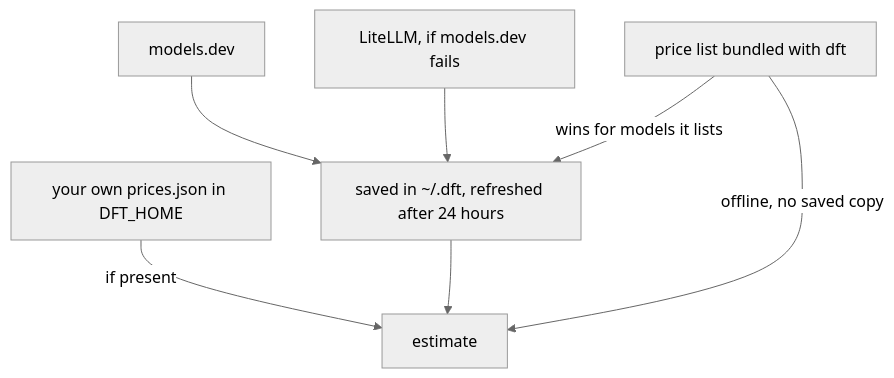
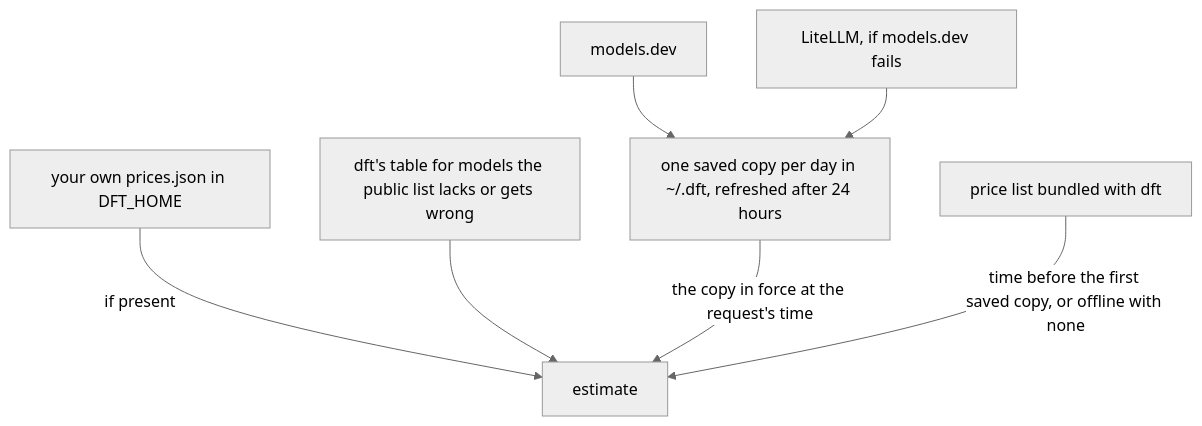
Before and after one commit to BleedingDev/dx-feature-tracker: diagram 14 of 19 in docs/HOW-IT-WORKS.md, drawn with Mermaid (neutral theme). The commit also changed other lines of this file and 3 other files, not shown here.

````diff
--- a/docs/HOW-IT-WORKS.md
+++ b/docs/HOW-IT-WORKS.md
@@ -379,9 +401,9 @@
 ```mermaid
 flowchart TD
     O["your own prices.json in DFT_HOME"] -->|if present| E["estimate"]
-    M["models.dev"] --> K["saved in ~/.dft, refreshed after 24 hours"]
+    S["dft's table for models the public list lacks or gets wrong"] --> E
+    M["models.dev"] --> K["one saved copy per day in ~/.dft, refreshed after 24 hours"]
     L["LiteLLM, if models.dev fails"] --> K
-    K --> E
-    D["price list bundled with dft"] -->|offline, no saved copy| E
-    D -->|"wins for models it lists"| K
+    K -->|"the copy in force at the request's time"| E
+    D["price list bundled with dft"] -->|"time before the first saved copy, or offline with none"| E
 ```
````
